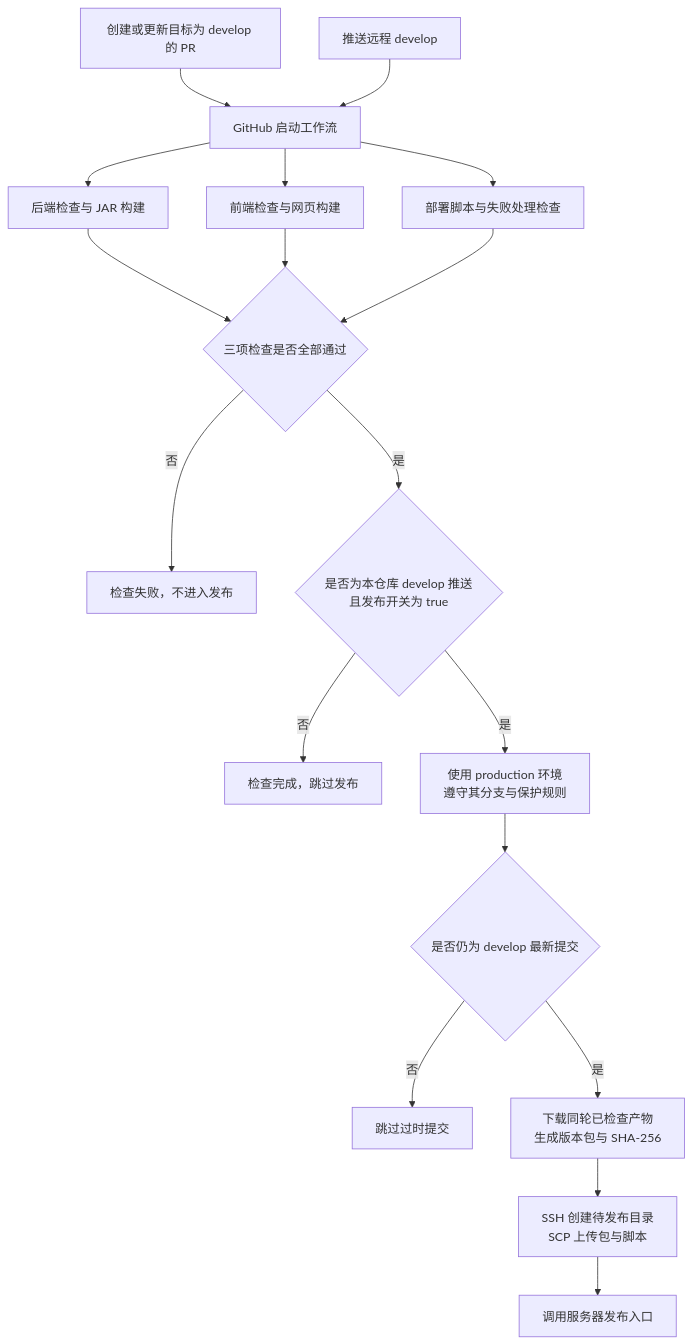
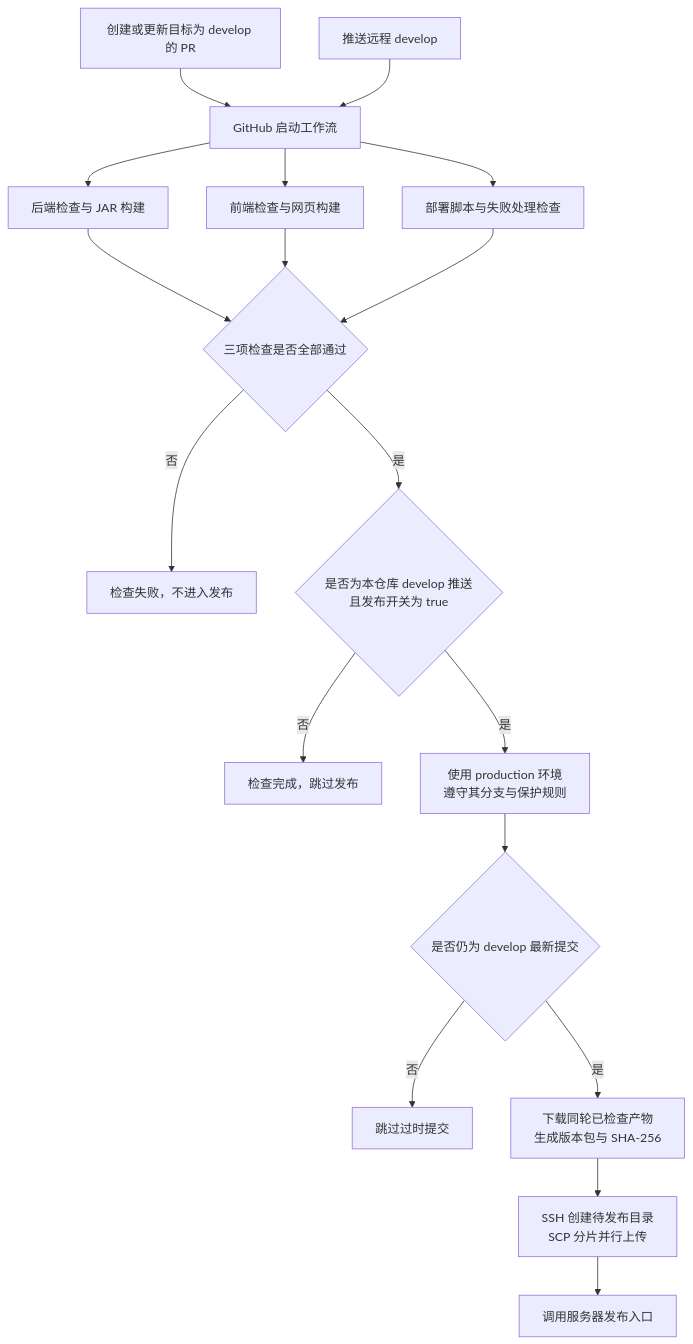
One commit to ScLiuxx/ginkgo-food-map-v2 changed the first of 2 diagrams in .github/workflows/README.md. Above: the diagram before and after it, drawn with Mermaid. The commit also changed other lines of this file and 6 other files, not shown here.

````diff
--- a/.github/workflows/README.md
+++ b/.github/workflows/README.md
@@ -25,22 +25,22 @@
 ```mermaid
 flowchart TD
     PR[创建或更新目标为 develop 的 PR] --> START[GitHub 启动工作流]
     PUSH[推送远程 develop] --> START
 
     START --> BACKEND[后端检查与 JAR 构建]
     START --> FRONTEND[前端检查与网页构建]
     START --> SCRIPTS[部署脚本与失败处理检查]
 
     BACKEND --> CHECKS{三项检查是否全部通过}
     FRONTEND --> CHECKS
     SCRIPTS --> CHECKS
     CHECKS -->|否| FAILED[检查失败，不进入发布]
     CHECKS -->|是| GATE{是否为本仓库 develop 推送<br/>且发布开关为 true}
     GATE -->|否| CI_ONLY[检查完成，跳过发布]
     GATE -->|是| ENV[使用 production 环境<br/>遵守其分支与保护规则]
     ENV --> LATEST{是否仍为 develop 最新提交}
     LATEST -->|否| SKIP[跳过过时提交]
     LATEST -->|是| PACKAGE[下载同轮已检查产物<br/>生成版本包与 SHA-256]
-    PACKAGE --> SSH[SSH 创建待发布目录<br/>SCP 上传包与脚本]
+    PACKAGE --> SSH[SSH 创建待发布目录<br/>SCP 分片并行上传]
     SSH --> SERVER[调用服务器发布入口]
 ```
````
